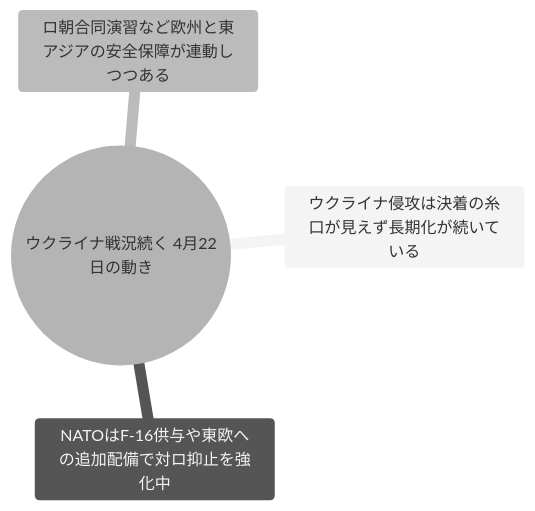
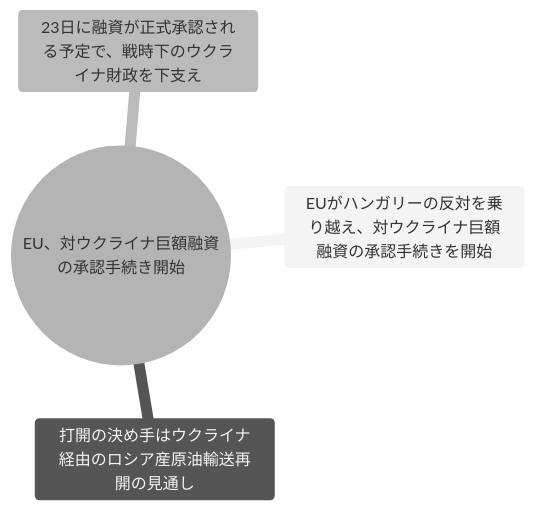
One commit to YUUUyutaro/tiseigaku changed the fifth of 20 diagrams in docs/reports/2026-04-23.md. Above: the diagram before and after it, drawn with Mermaid (neutral theme). The commit also changed other lines of this file and 3 other files, not shown here.

````diff
--- a/docs/reports/2026-04-23.md
+++ b/docs/reports/2026-04-23.md
@@ -98,7 +94,7 @@
 ```mermaid
 mindmap
-  root((ウクライナ戦況続く 4月22日の動き))
-    ウクライナ侵攻は決着の糸口が見えず長期化が続いている
-    NATOはF-16供与や東欧への追加配備で対ロ抑止を強化中
-    ロ朝合同演習など欧州と東アジアの安全保障が連動しつつある
+  root((EU、対ウクライナ巨額融資の承認手続き開始))
+    EUがハンガリーの反対を乗り越え、対ウクライナ巨額融資の承認手続きを開始
+    打開の決め手はウクライナ経由のロシア産原油輸送再開の見通し
+    23日に融資が正式承認される予定で、戦時下のウクライナ財政を下支え
 ```
````
